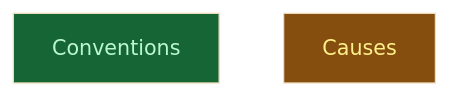
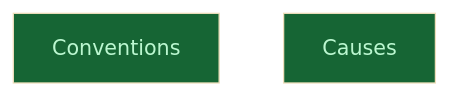
Before and after one commit to CrackingShells/Candler: the diagram in __roadmap__/integrity/README.md, drawn with Mermaid (base theme). The commit also changed other lines of this file and 9 other files, not shown here.

````diff
--- a/__roadmap__/integrity/README.md
+++ b/__roadmap__/integrity/README.md
@@ -20,10 +20,10 @@
 ```mermaid
 graph TD
     conventions[Conventions]:::done
-    causes[Causes]:::inprogress
+    causes[Causes]:::done
     classDef done       fill:#166534,color:#bbf7d0
     classDef inprogress fill:#854d0e,color:#fef08a
     classDef planned    fill:#374151,color:#e5e7eb
     classDef amendment  fill:#1e3a5f,color:#bfdbfe
     classDef blocked    fill:#7f1d1d,color:#fecaca
 ```
````
